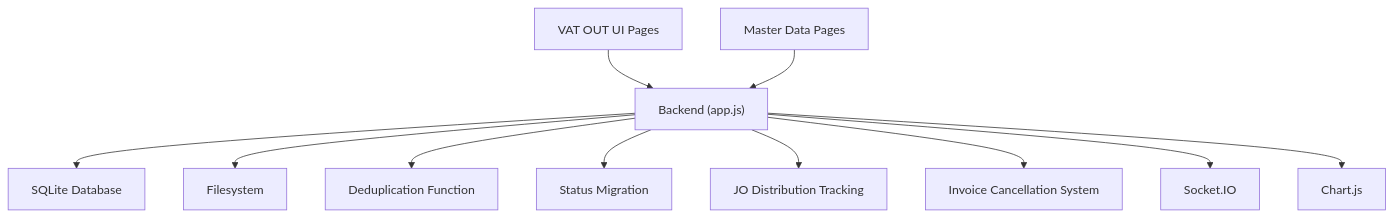
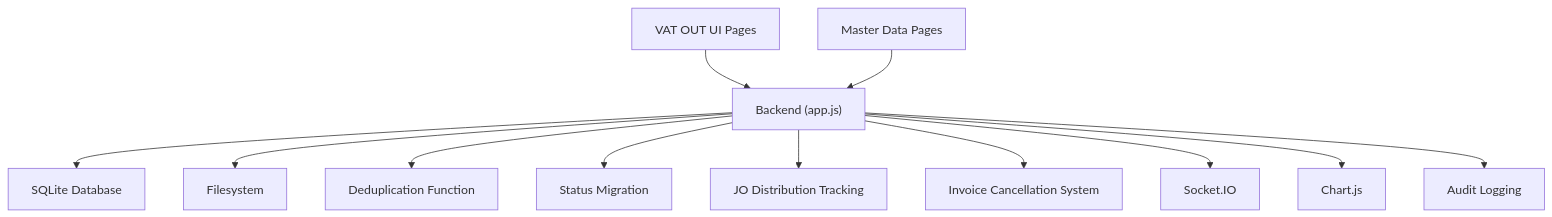
Before and after one commit to rendisiagian/TDS_by_RENDISIAGIAN: diagram 11 of 11 in .qoder/repowiki/en/content/VAT Management System/VAT Output (VAT OUT).md, drawn with Mermaid. The commit also changed other lines of this file and 55 other files, not shown here.

````diff
--- a/.qoder/repowiki/en/content/VAT Management System/VAT Output (VAT OUT).md
+++ b/.qoder/repowiki/en/content/VAT Management System/VAT Output (VAT OUT).md
@@ -580,24 +567,26 @@
 ```mermaid
 graph TB
 UI["VAT OUT UI Pages"]
 BACK["Backend (app.js)"]
 DB["SQLite Database"]
 FS["Filesystem"]
 MASTER["Master Data Pages"]
 DEDUP["Deduplication Function"]
 MIGRATION["Status Migration"]
 JO_TRACK["JO Distribution Tracking"]
 CANCEL["Invoice Cancellation System"]
 SOCKET["Socket.IO"]
 CHARTS["Chart.js"]
+AUDIT["Audit Logging"]
 UI --> BACK
 BACK --> DB
 BACK --> FS
 BACK --> DEDUP
 BACK --> MIGRATION
 BACK --> JO_TRACK
 BACK --> CANCEL
 BACK --> SOCKET
 BACK --> CHARTS
+BACK --> AUDIT
 MASTER --> BACK
 ```
````
